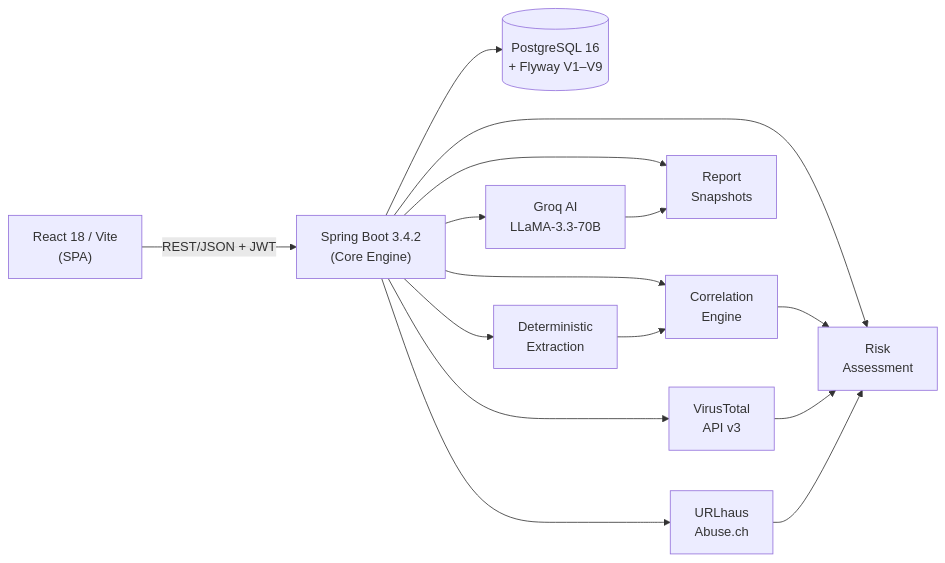
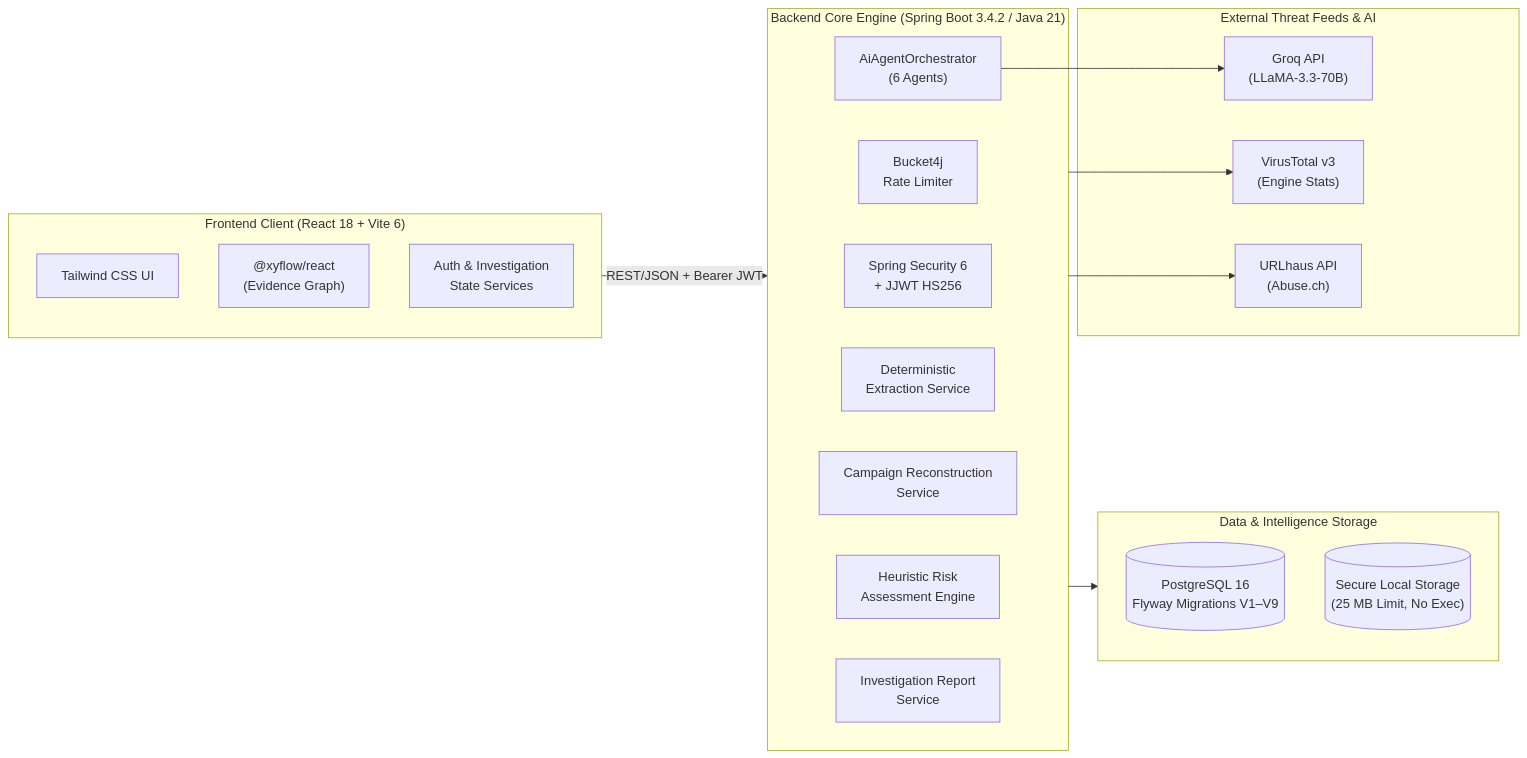
One commit to samir-0-4/ScamShield changed the third of 3 diagrams in README.md. Above: the diagram before and after it, drawn with Mermaid. The commit also changed other lines of this file and 25 other files, not shown here.

Commit message:
feat: implement multi-case campaign reconstruction and attribution engine

````diff
--- a/README.md
+++ b/README.md
@@ -72,17 +167,35 @@
 ```mermaid
 flowchart LR
-    FE["React 18 / Vite\n(SPA)"] -->|"REST/JSON + JWT"| BE["Spring Boot 3.4.2\n(Core Engine)"]
-    BE --> DB[("PostgreSQL 16\n+ Flyway V1–V9")]
-    BE --> EXTRACT["Deterministic\nExtraction"]
-    BE --> CORR["Correlation\nEngine"]
-    BE --> RISK["Risk\nAssessment"]
-    BE --> REPORT["Report\nSnapshots"]
-    BE --> AI["Groq AI\nLLaMA-3.3-70B"]
-    BE --> VT["VirusTotal\nAPI v3"]
-    BE --> UH["URLhaus\nAbuse.ch"]
-    EXTRACT --> CORR
-    CORR --> RISK
-    AI --> REPORT
-    VT --> RISK
-    UH --> RISK
+    subgraph Client["Frontend Client (React 18 + Vite 6)"]
+        UI["Tailwind CSS UI"]
+        FLOW["@xyflow/react\n(Evidence Graph)"]
+        STORE["Auth & Investigation\nState Services"]
+    end
+
+    subgraph Server["Backend Core Engine (Spring Boot 3.4.2 / Java 21)"]
+        AUTH["Spring Security 6\n+ JJWT HS256"]
+        RATE["Bucket4j\nRate Limiter"]
+        ORCH["AiAgentOrchestrator\n(6 Agents)"]
+        EXTRACT["Deterministic\nExtraction Service"]
+        CORR["Campaign Reconstruction\nService"]
+        RISK["Heuristic Risk\nAssessment Engine"]
+        REPORT["Investigation Report\nService"]
+    end
+
+    subgraph Data["Data & Intelligence Storage"]
+        PG[("PostgreSQL 16\nFlyway Migrations V1–V9")]
+        FS[("Secure Local Storage\n(25 MB Limit, No Exec)")]
+    end
+
+    subgraph External["External Threat Feeds & AI"]
+        GROQ["Groq API\n(LLaMA-3.3-70B)"]
+        VT["VirusTotal v3\n(Engine Stats)"]
+        UH["URLhaus API\n(Abuse.ch)"]
+    end
+
+    Client -->|"REST/JSON + Bearer JWT"| Server
+    Server --> Data
+    ORCH --> GROQ
+    Server --> VT
+    Server --> UH
 ```
````
